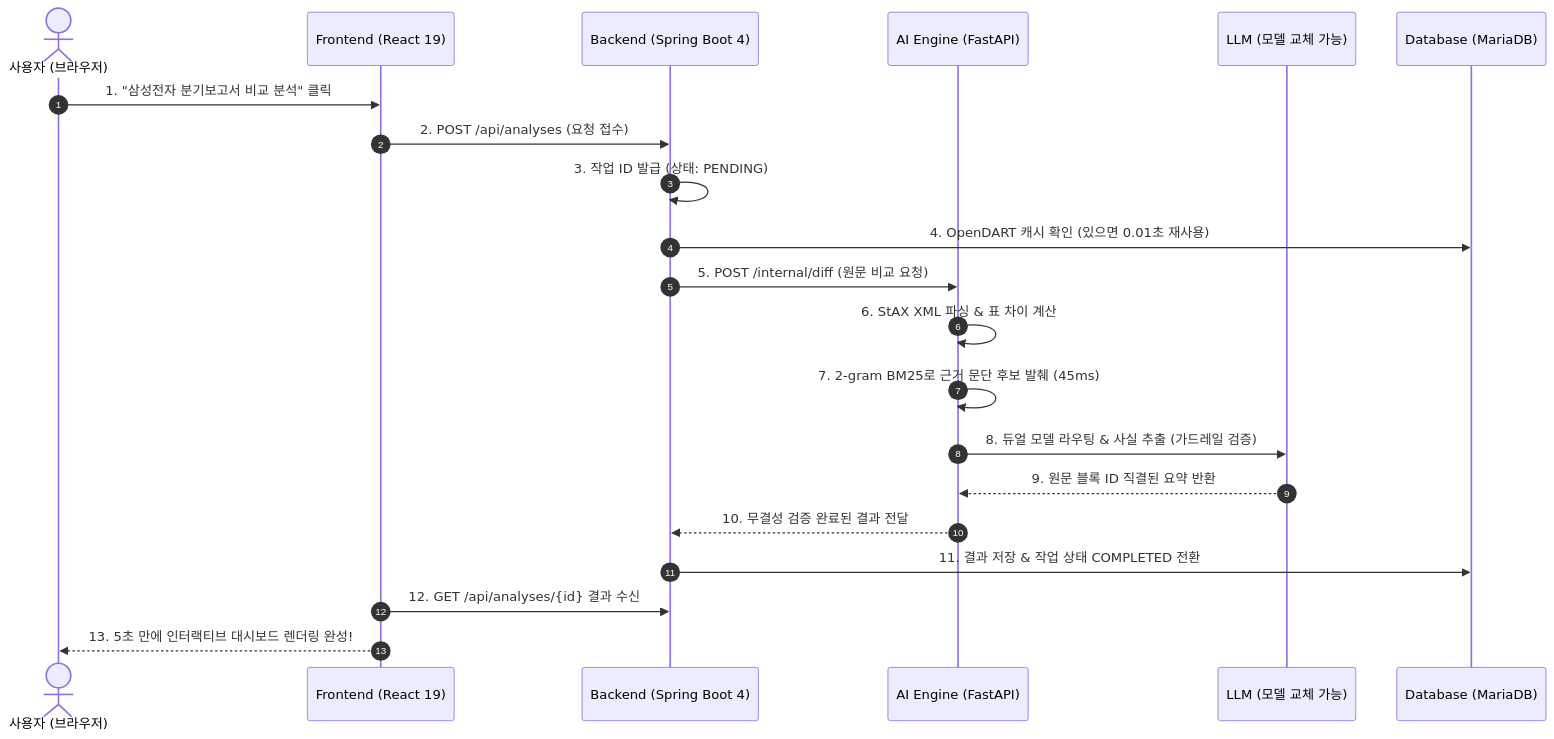
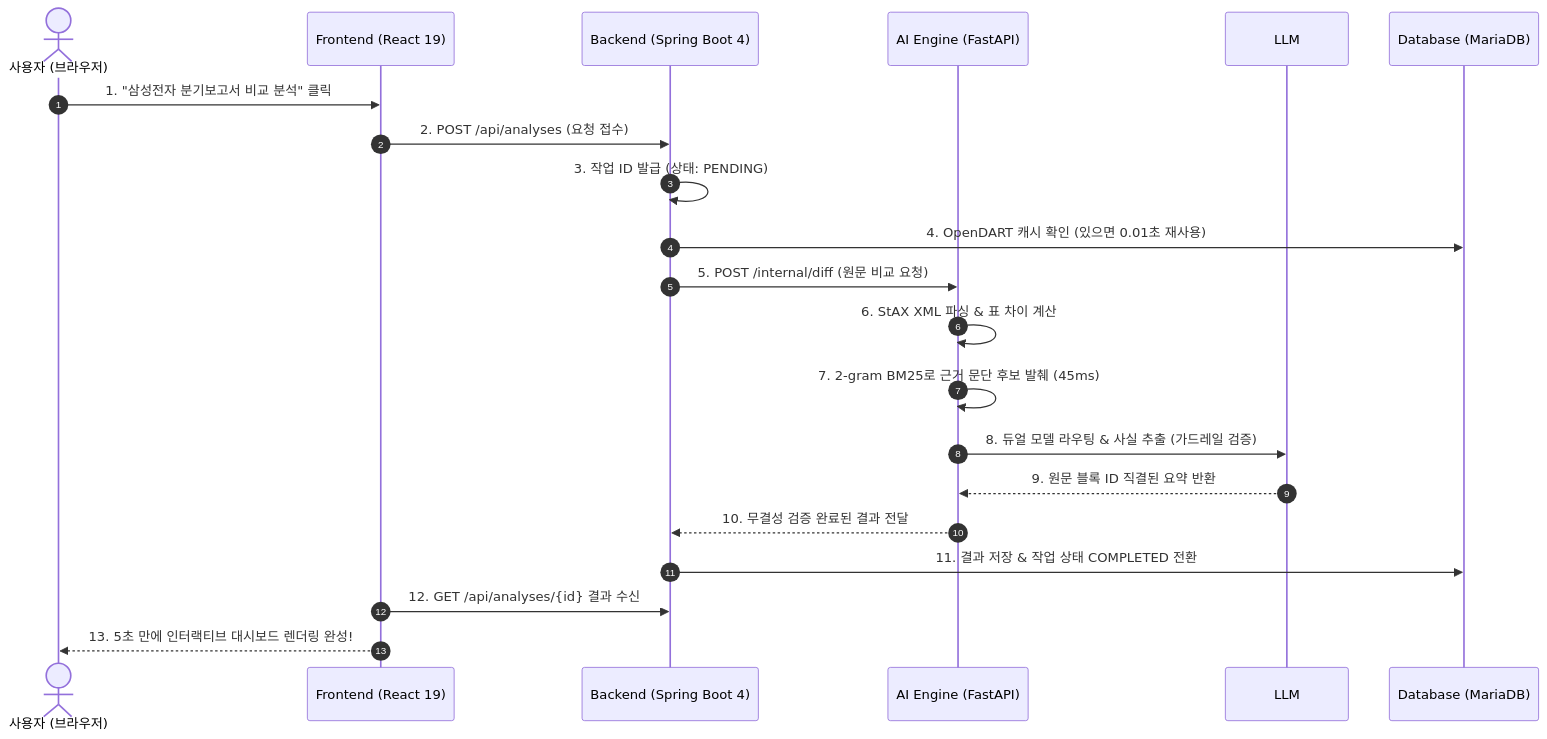
The diagram in docs/technical-concept-guide-for-presentation.md (ShinhanDSProject/dart-insight), drawn with Mermaid before and after one commit. The commit also changed other lines of this file and 2 other files, not shown here.

Commit message:
feat: 발표 자료의 LLM 라벨에서 '교체 가능' 문구 빼기

````diff
--- a/docs/technical-concept-guide-for-presentation.md
+++ b/docs/technical-concept-guide-for-presentation.md
@@ -135,24 +135,24 @@
 ```mermaid
 sequenceDiagram
     autonumber
     actor User as 사용자 (브라우저)
     participant Front as Frontend (React 19)
     participant Back as Backend (Spring Boot 4)
     participant AI as AI Engine (FastAPI)
-    participant LLM as LLM (모델 교체 가능)
+    participant LLM as LLM
     participant DB as Database (MariaDB)
 
     User->>Front: 1. "삼성전자 분기보고서 비교 분석" 클릭
     Front->>Back: 2. POST /api/analyses (요청 접수)
     Back->>Back: 3. 작업 ID 발급 (상태: PENDING)
     Back->>DB: 4. OpenDART 캐시 확인 (있으면 0.01초 재사용)
     Back->>AI: 5. POST /internal/diff (원문 비교 요청)
     AI->>AI: 6. StAX XML 파싱 & 표 차이 계산
     AI->>AI: 7. 2-gram BM25로 근거 문단 후보 발췌 (45ms)
     AI->>LLM: 8. 듀얼 모델 라우팅 & 사실 추출 (가드레일 검증)
     LLM-->>AI: 9. 원문 블록 ID 직결된 요약 반환
     AI-->>Back: 10. 무결성 검증 완료된 결과 전달
     Back->>DB: 11. 결과 저장 & 작업 상태 COMPLETED 전환
     Front->>Back: 12. GET /api/analyses/{id} 결과 수신
     Front-->>User: 13. 5초 만에 인터랙티브 대시보드 렌더링 완성!
 ```
````
